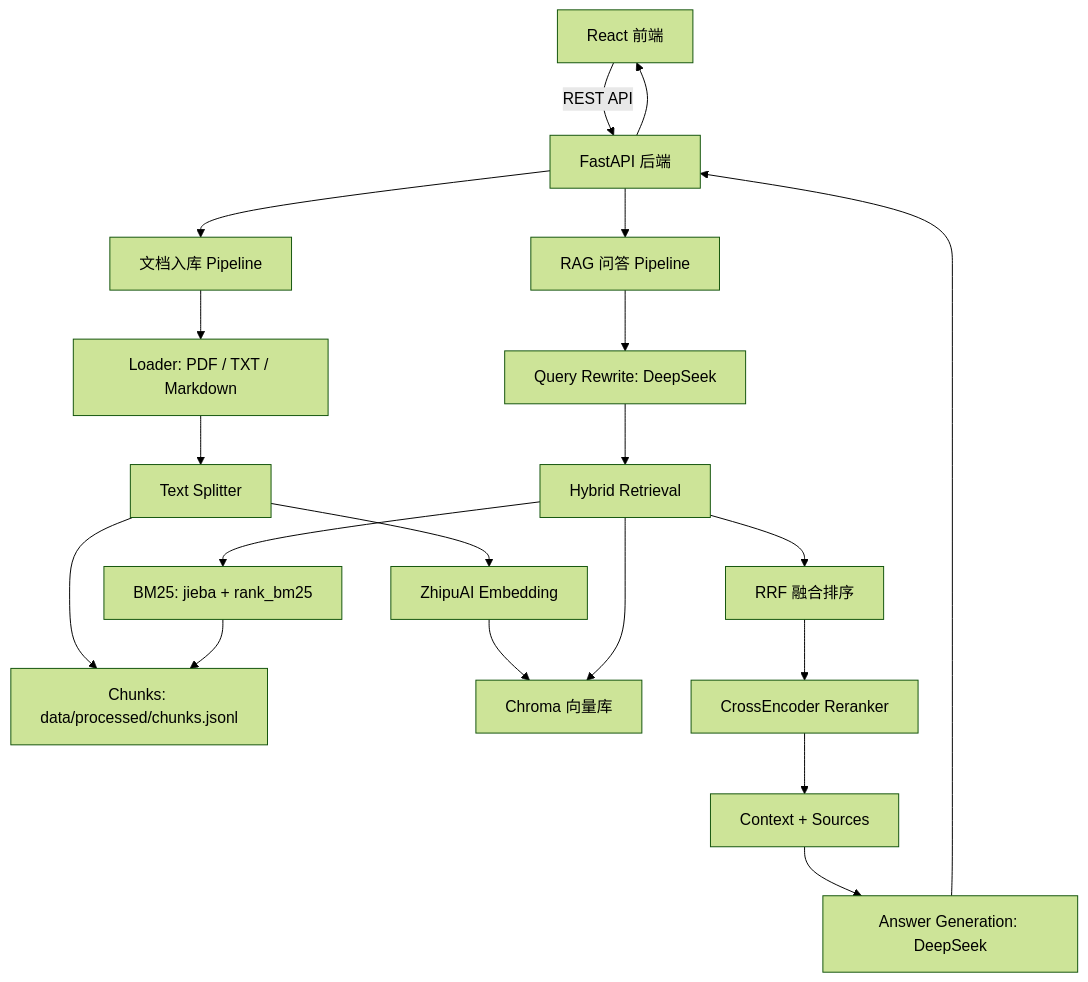
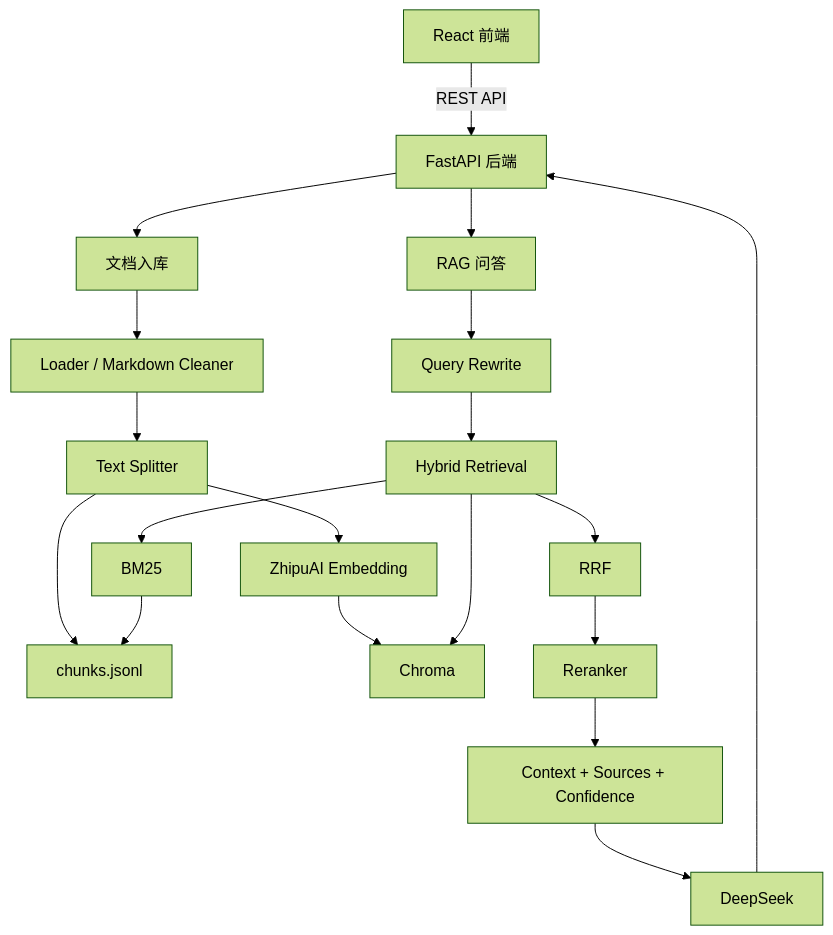
Before and after one commit to Zarex-m/rag: the diagram in README.md, drawn with Mermaid (forest theme). The commit also changed other lines of this file and 9 other files, not shown here.

````diff
--- a/README.md
+++ b/README.md
@@ -62,25 +62,23 @@
 ```mermaid
 flowchart TD
     A["React 前端"] -->|"REST API"| B["FastAPI 后端"]
 
-    B --> C["文档入库 Pipeline"]
-    C --> D["Loader: PDF / TXT / Markdown"]
+    B --> C["文档入库"]
+    C --> D["Loader / Markdown Cleaner"]
     D --> E["Text Splitter"]
-    E --> F["Chunks: data/processed/chunks.jsonl"]
+    E --> F["chunks.jsonl"]
     E --> G["ZhipuAI Embedding"]
-    G --> H["Chroma 向量库"]
+    G --> H["Chroma"]
 
-    B --> I["RAG 问答 Pipeline"]
-    I --> J["Query Rewrite: DeepSeek"]
+    B --> I["RAG 问答"]
+    I --> J["Query Rewrite"]
     J --> K["Hybrid Retrieval"]
     K --> H
-    K --> L["BM25: jieba + rank_bm25"]
+    K --> L["BM25"]
     L --> F
-    K --> M["RRF 融合排序"]
-    M --> R["CrossEncoder Reranker"]
-    R --> N["Context + Sources"]
-    N --> O["Answer Generation: DeepSeek"]
-
-    O --> B
-    B --> A
+    K --> M["RRF"]
+    M --> N["Reranker"]
+    N --> O["Context + Sources + Confidence"]
+    O --> P["DeepSeek"]
+    P --> B
 ```
````
